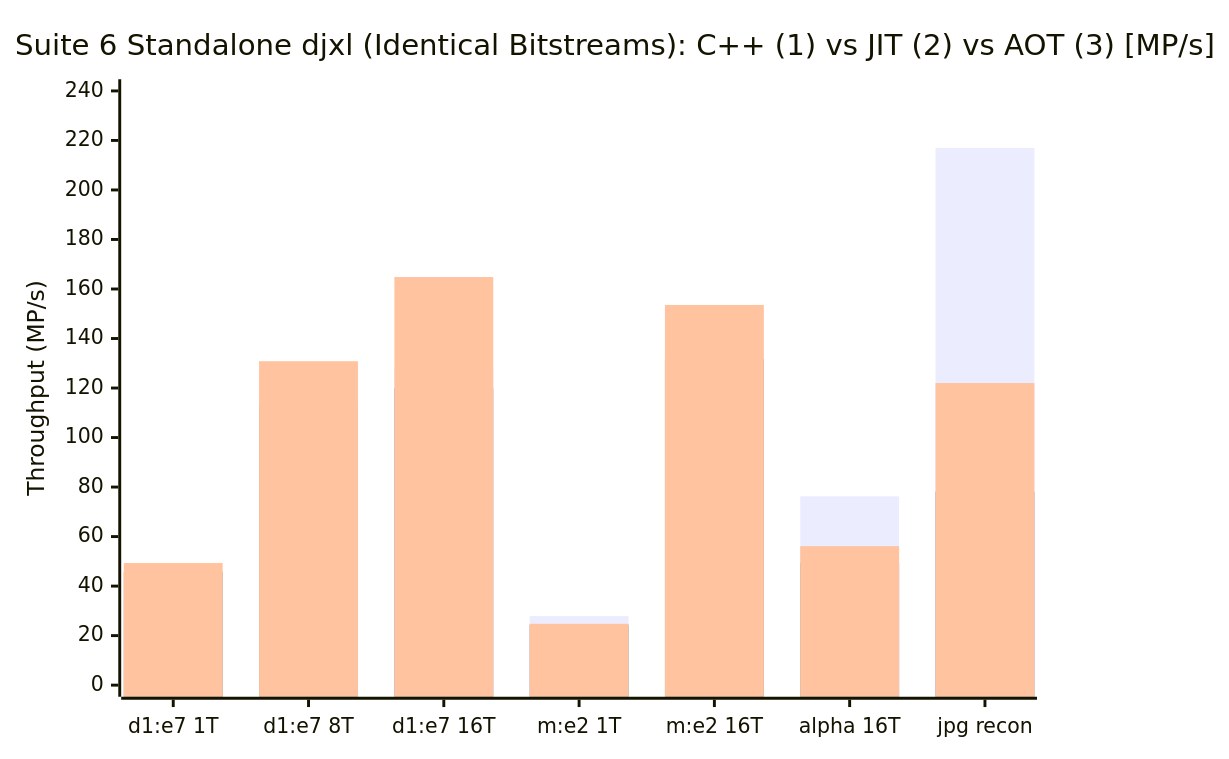
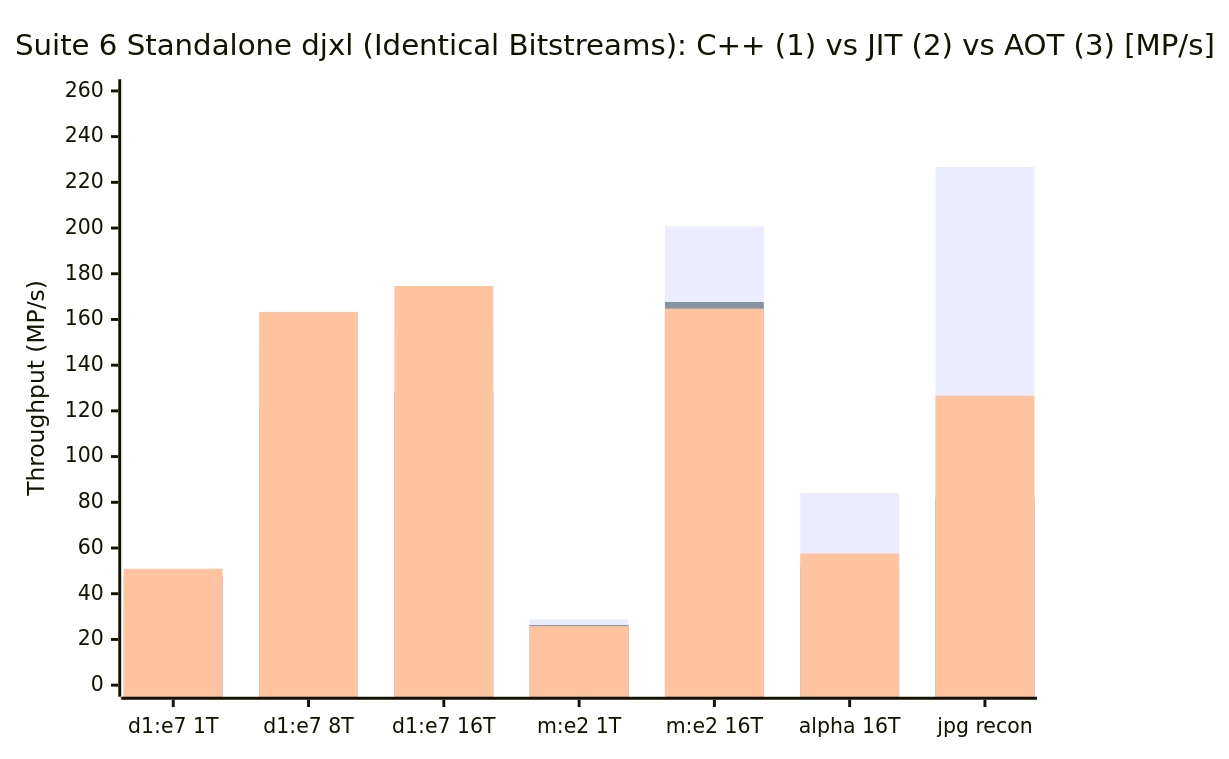
Before and after one commit to Hefaistos68/jxlsharp: the third of 3 diagrams in benchmark.md, drawn with Mermaid. The commit also changed other lines of this file and 8 other files, not shown here.

````diff
--- a/benchmark.md
+++ b/benchmark.md
@@ -317,9 +353,9 @@
 ```mermaid
 xychart-beta
     title "Suite 6 Standalone djxl (Identical Bitstreams): C++ (1) vs JIT (2) vs AOT (3) [MP/s]"
     x-axis ["d1:e7 1T", "d1:e7 8T", "d1:e7 16T", "m:e2 1T", "m:e2 16T", "alpha 16T", "jpg recon"]
-    y-axis "Throughput (MP/s)" 0 --> 240
-    bar [34.71, 124.59, 127.99, 27.90, 151.56, 76.29, 216.99]
-    bar [45.81, 112.96, 119.84, 24.25, 131.68, 49.27, 78.18]
-    bar [49.32, 130.83, 164.83, 24.79, 153.55, 56.14, 122.00]
+    y-axis "Throughput (MP/s)" 0 --> 260
+    bar [35.98, 147.19, 155.74, 28.75, 200.74, 84.04, 226.71]
+    bar [47.68, 121.92, 128.10, 26.28, 167.65, 51.90, 82.13]
+    bar [50.91, 163.29, 174.64, 25.83, 164.76, 57.61, 126.65]
 ```
````
